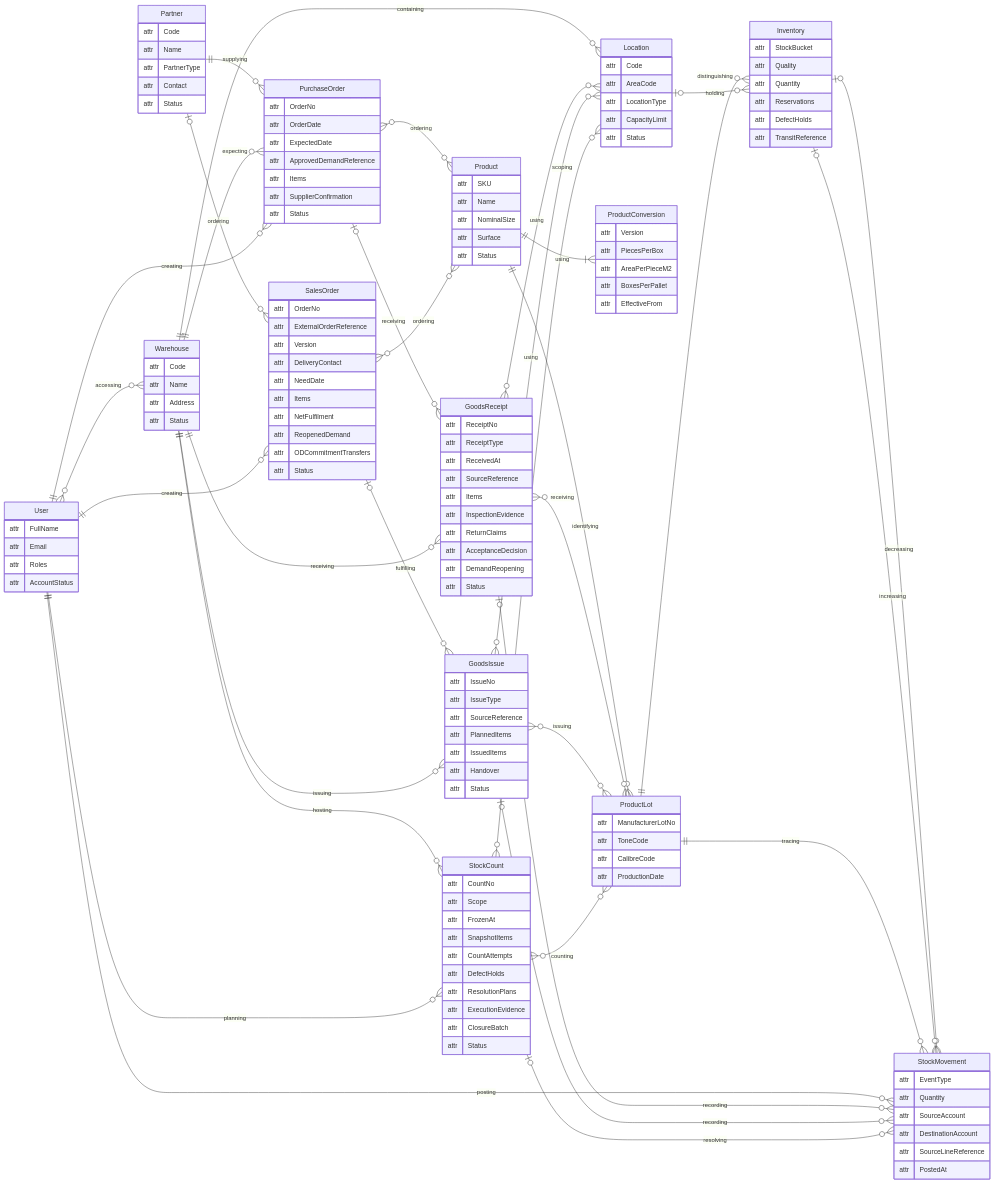
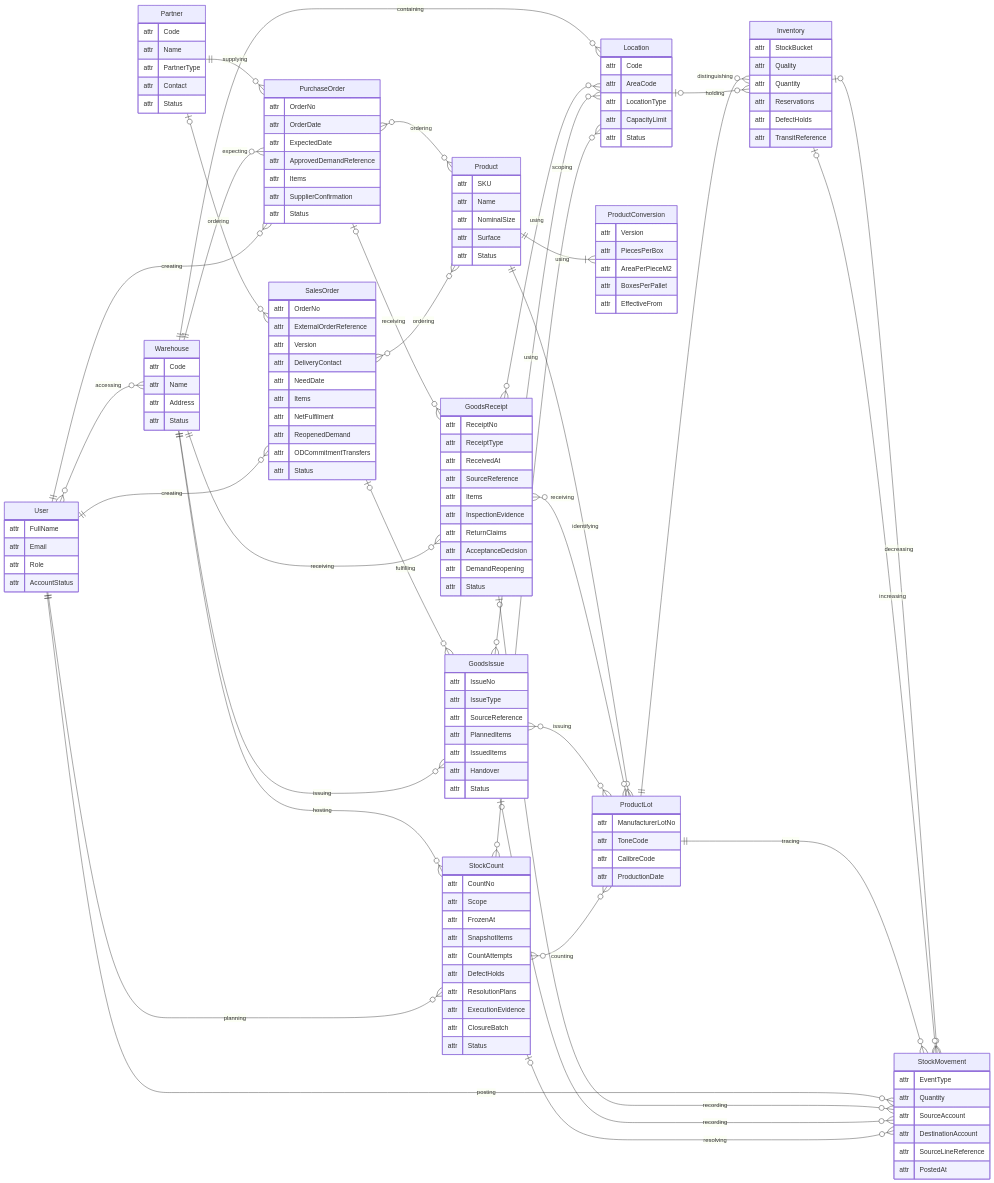
One commit to minhoa2005/building-material-management changed the diagram in git_doc/docs/03_thiet_ke/WMSD_ERD_3_1_0/erd.mmd. Above: the diagram before and after it, drawn with Mermaid. The commit also changed 42 other files, not shown here.

```diff
--- a/git_doc/docs/03_thiet_ke/WMSD_ERD_3_1_0/erd.mmd
+++ b/git_doc/docs/03_thiet_ke/WMSD_ERD_3_1_0/erd.mmd
@@ -1,167 +1,167 @@
 %% 14 conceptual entities: original ERD after README merges + identified master data.
 %% attr is only a Mermaid syntax placeholder, not a physical data type.
 %% Items retain source-linked lines and quantities. SO -> GI is traced THROUGH WIR/OD.
 erDiagram
     direction LR
     Warehouse ||--o{ Location : "containing"
     User }o--o{ Warehouse : "accessing"
     Product ||--|{ ProductConversion : "using"
     Product ||--o{ ProductLot : "identifying"
     ProductLot ||--o{ Inventory : "distinguishing"
     Location |o--o{ Inventory : "holding"
     Inventory |o--o{ StockMovement : "decreasing"
     Inventory |o--o{ StockMovement : "increasing"
     ProductLot ||--o{ StockMovement : "tracing"
     User ||--o{ StockMovement : "posting"
     Partner ||--o{ PurchaseOrder : "supplying"
     Warehouse ||--o{ PurchaseOrder : "expecting"
     PurchaseOrder }o--o{ Product : "ordering"
     PurchaseOrder |o--o{ GoodsReceipt : "receiving"
     Warehouse ||--o{ GoodsReceipt : "receiving"
     GoodsReceipt }o--o{ ProductLot : "receiving"
     GoodsReceipt }o--o{ Location : "using"
     GoodsReceipt |o--o{ StockMovement : "recording"
     Partner |o--o{ SalesOrder : "ordering"
     SalesOrder }o--o{ Product : "ordering"
     SalesOrder |o--o{ GoodsIssue : "fulfilling"
     Warehouse ||--o{ GoodsIssue : "issuing"
     GoodsIssue }o--o{ ProductLot : "issuing"
     GoodsIssue }o--o{ Location : "using"
     GoodsIssue |o--o{ StockMovement : "recording"
     Warehouse ||--o{ StockCount : "hosting"
     StockCount }o--o{ Location : "scoping"
     StockCount }o--o{ ProductLot : "counting"
     StockCount |o--o{ StockMovement : "resolving"
     User ||--o{ SalesOrder : "creating"
     User ||--o{ PurchaseOrder : "creating"
     User ||--o{ StockCount : "planning"
 
     User {
         attr FullName
         attr Email
-        attr Roles
+        attr Role
         attr AccountStatus
     }
 
     Warehouse {
         attr Code
         attr Name
         attr Address
         attr Status
     }
 
     Location {
         attr Code
         attr AreaCode
         attr LocationType
         attr CapacityLimit
         attr Status
     }
 
     Product {
         attr SKU
         attr Name
         attr NominalSize
         attr Surface
         attr Status
     }
 
     ProductConversion {
         attr Version
         attr PiecesPerBox
         attr AreaPerPieceM2
         attr BoxesPerPallet
         attr EffectiveFrom
     }
 
     ProductLot {
         attr ManufacturerLotNo
         attr ToneCode
         attr CalibreCode
         attr ProductionDate
     }
 
     Partner {
         attr Code
         attr Name
         attr PartnerType
         attr Contact
         attr Status
     }
 
     Inventory {
         attr StockBucket
         attr Quality
         attr Quantity
         attr Reservations
         attr DefectHolds
         attr TransitReference
     }
 
     StockMovement {
         attr EventType
         attr Quantity
         attr SourceAccount
         attr DestinationAccount
         attr SourceLineReference
         attr PostedAt
     }
 
     PurchaseOrder {
         attr OrderNo
         attr OrderDate
         attr ExpectedDate
         attr ApprovedDemandReference
         attr Items
         attr SupplierConfirmation
         attr Status
     }
 
     GoodsReceipt {
         attr ReceiptNo
         attr ReceiptType
         attr ReceivedAt
         attr SourceReference
         attr Items
         attr InspectionEvidence
         attr ReturnClaims
         attr AcceptanceDecision
         attr DemandReopening
         attr Status
     }
 
     SalesOrder {
         attr OrderNo
         attr ExternalOrderReference
         attr Version
         attr DeliveryContact
         attr NeedDate
         attr Items
         attr NetFulfilment
         attr ReopenedDemand
         attr ODCommitmentTransfers
         attr Status
     }
 
     GoodsIssue {
         attr IssueNo
         attr IssueType
         attr SourceReference
         attr PlannedItems
         attr IssuedItems
         attr Handover
         attr Status
     }
 
     StockCount {
         attr CountNo
         attr Scope
         attr FrozenAt
         attr SnapshotItems
         attr CountAttempts
         attr DefectHolds
         attr ResolutionPlans
         attr ExecutionEvidence
         attr ClosureBatch
         attr Status
     }
```
